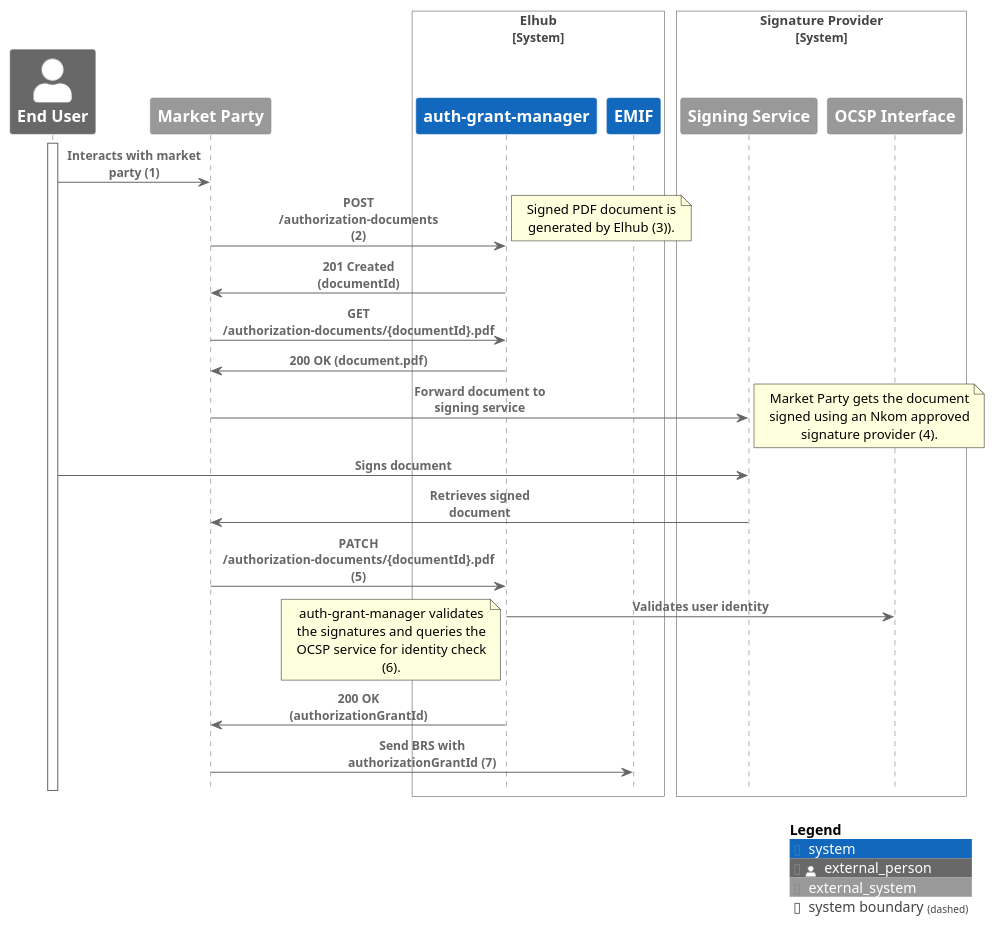
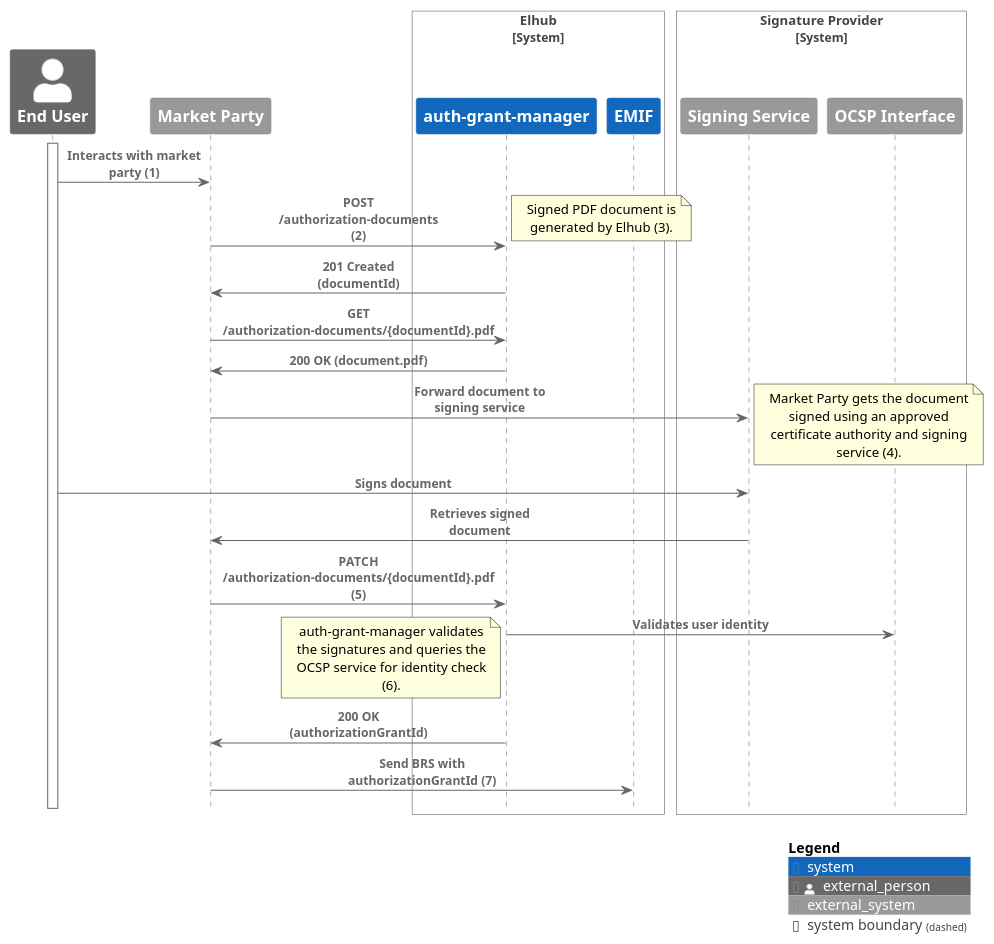
One commit to elhub/auth-grant-manager changed the diagram in docs/assets/document-flow.plantuml. Above: the diagram before and after it, drawn with PlantUML. The commit also changed 3 other files, not shown here.

Commit message:
Fix base URI issues in schemas

```diff
--- a/docs/assets/document-flow.plantuml
+++ b/docs/assets/document-flow.plantuml
@@ -1,44 +1,44 @@
 @startuml document-flow
 !include https://raw.githubusercontent.com/plantuml-stdlib/C4-PlantUML/master/C4_Sequence.puml
 
 Person_Ext(EndUser, "End User", "")
 System_Ext(MarketParty, "Market Party", "")
 
 System_Boundary(Elhub, "Elhub")
   System(GrantManager, "auth-grant-manager", "")
   System(EMIF, "EMIF", "")
 Boundary_End()
 
 System_Boundary(SignatureProvider, "Signature Provider")
   System_Ext(SigningService, "Signing Service", "")
   System_Ext(SigningOCSP, "OCSP Interface", "")
 Boundary_End()
 
 activate EndUser
 Rel(EndUser, MarketParty, "Interacts with market party (1)")
 Rel(MarketParty, GrantManager, "POST /authorization-documents (2)")
 note right
-Signed PDF document is generated by Elhub (3)).
+Signed PDF document is generated by Elhub (3).
 end note
 Rel(GrantManager, MarketParty, "201 Created (documentId)")
 Rel(MarketParty, GrantManager, "GET /authorization-documents/{documentId}.pdf")
 Rel(GrantManager, MarketParty, "200 OK (document.pdf)")
 
 Rel(MarketParty, SigningService, "Forward document to signing service")
 note right
-Market Party gets the document signed using an Nkom approved signature provider (4).
+Market Party gets the document signed using an approved certificate authority and signing service (4).
 end note
 Rel(EndUser, SigningService, "Signs document")
 Rel(SigningService, MarketParty, "Retrieves signed document")
 
 Rel(MarketParty, GrantManager, "PATCH /authorization-documents/{documentId}.pdf (5)")
 Rel(GrantManager, SigningOCSP, "Validates user identity")
 note left
 auth-grant-manager validates the signatures and queries the OCSP service for identity check (6).
 end note
 Rel(GrantManager, MarketParty, "200 OK (authorizationGrantId)")
 
 Rel(MarketParty, EMIF, "Send BRS with authorizationGrantId (7)")
 
 SHOW_LEGEND()
 @enduml
```
